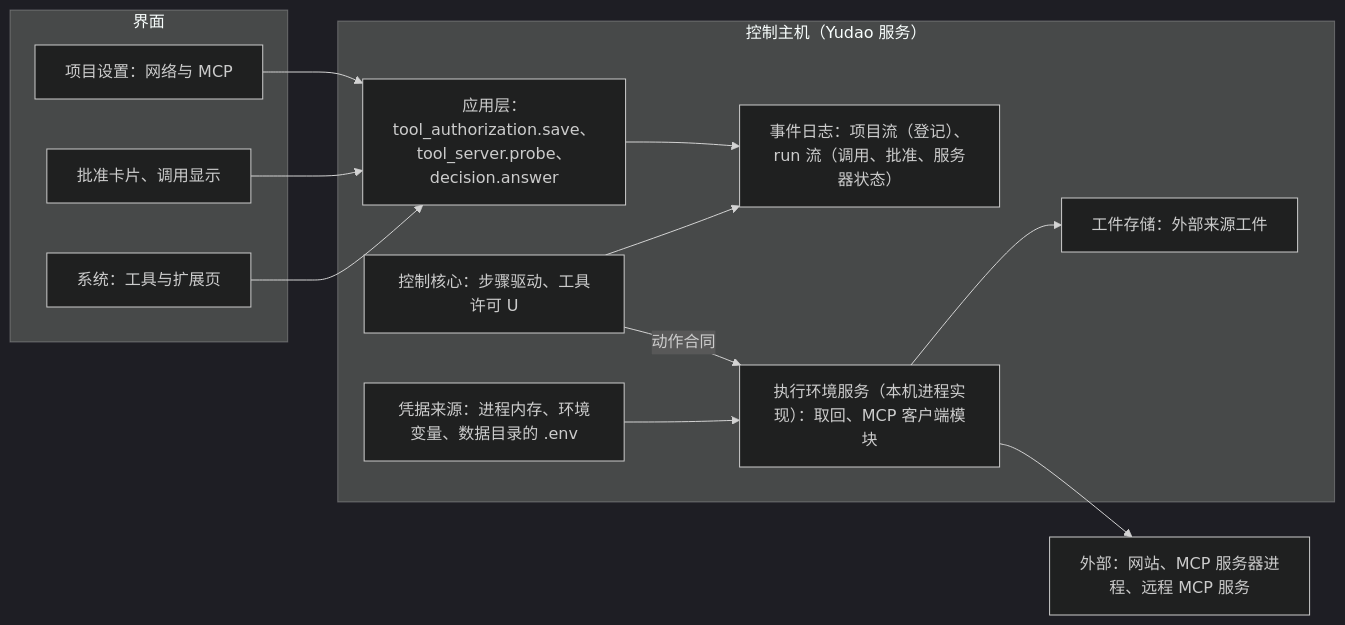
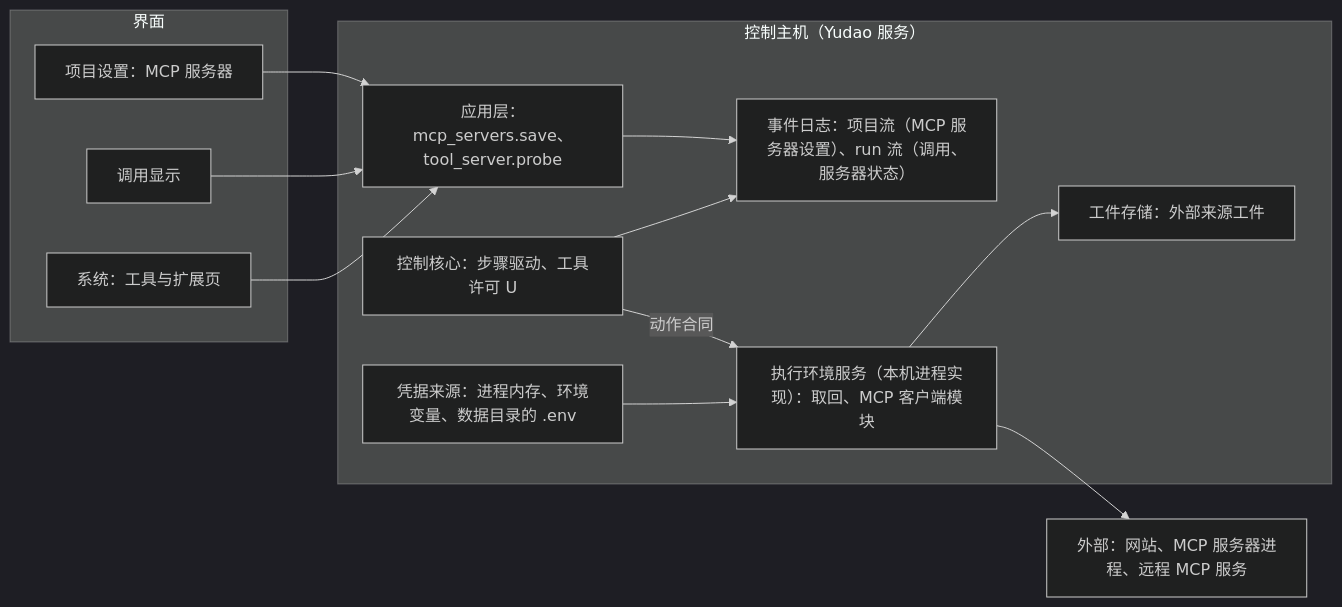
Before and after one commit to bender2333/yudao: the diagram in docs/design/network-and-mcp.md, drawn with Mermaid (dark theme). The commit also changed other lines of this file and 29 other files, not shown here.

````diff
--- a/docs/design/network-and-mcp.md
+++ b/docs/design/network-and-mcp.md
@@ -35,26 +32,26 @@
 ```mermaid
 flowchart LR
   subgraph Client["界面"]
-    Set["项目设置：网络与 MCP"]
-    Card["批准卡片、调用显示"]
+    Set["项目设置：MCP 服务器"]
+    Card["调用显示"]
     Page["系统：工具与扩展页"]
   end
   subgraph Host["控制主机（Yudao 服务）"]
-    App["应用层：tool_authorization.save、tool_server.probe、decision.answer"]
-    Log["事件日志：项目流（登记）、run 流（调用、批准、服务器状态）"]
+    App["应用层：mcp_servers.save、tool_server.probe"]
+    Log["事件日志：项目流（MCP 服务器设置）、run 流（调用、服务器状态）"]
     Core["控制核心：步骤驱动、工具许可 U"]
     Exec["执行环境服务（本机进程实现）：取回、MCP 客户端模块"]
     Art["工件存储：外部来源工件"]
     Cred["凭据来源：进程内存、环境变量、数据目录的 .env"]
   end
   Ext["外部：网站、MCP 服务器进程、远程 MCP 服务"]
   Set --> App
   Card --> App
   Page --> App
   App --> Log
   Core --> Log
   Core -->|"动作合同"| Exec
   Exec --> Ext
   Exec --> Art
   Cred --> Exec
 ```
````
